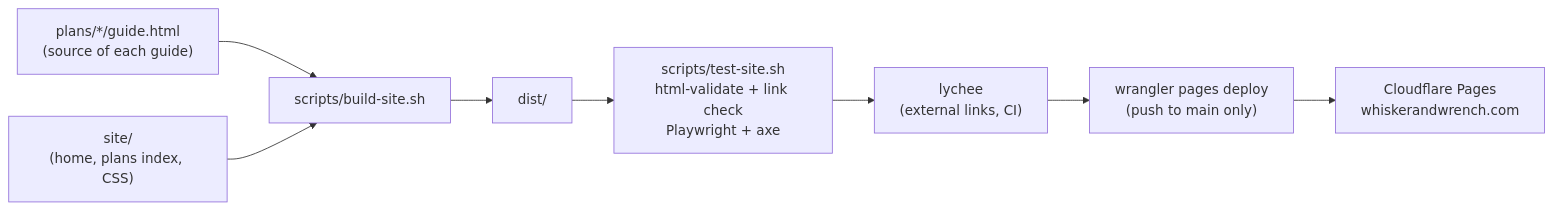
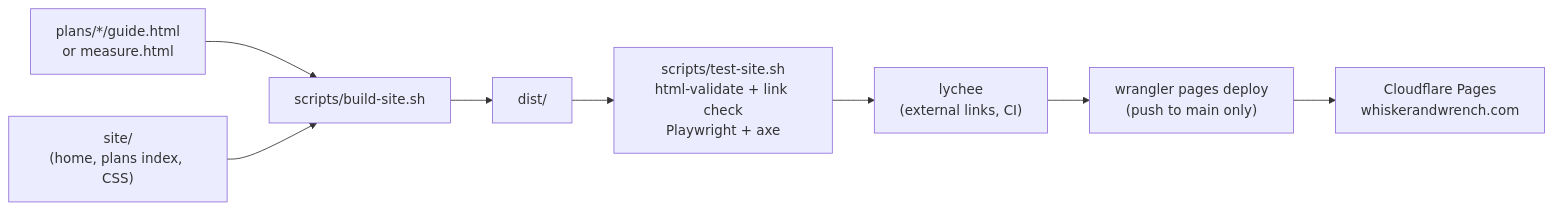
Before and after one commit to esanacore/whisker-and-wrench: the diagram in docs/ARCHITECTURE.md, drawn with Mermaid. The commit also changed other lines of this file and 25 other files, not shown here.

````diff
--- a/docs/ARCHITECTURE.md
+++ b/docs/ARCHITECTURE.md
@@ -14,10 +14,10 @@
 ```mermaid
 flowchart LR
-    plans["plans/*/guide.html<br/>(source of each guide)"] --> build
+    plans["plans/*/guide.html<br/>or measure.html"] --> build
     site["site/<br/>(home, plans index, CSS)"] --> build
     build["scripts/build-site.sh"] --> dist["dist/"]
     dist --> tests["scripts/test-site.sh<br/>html-validate + link check<br/>Playwright + axe"]
     tests --> lychee["lychee<br/>(external links, CI)"]
     lychee --> deploy["wrangler pages deploy<br/>(push to main only)"]
     deploy --> cf["Cloudflare Pages<br/>whiskerandwrench.com"]
 ```
````
